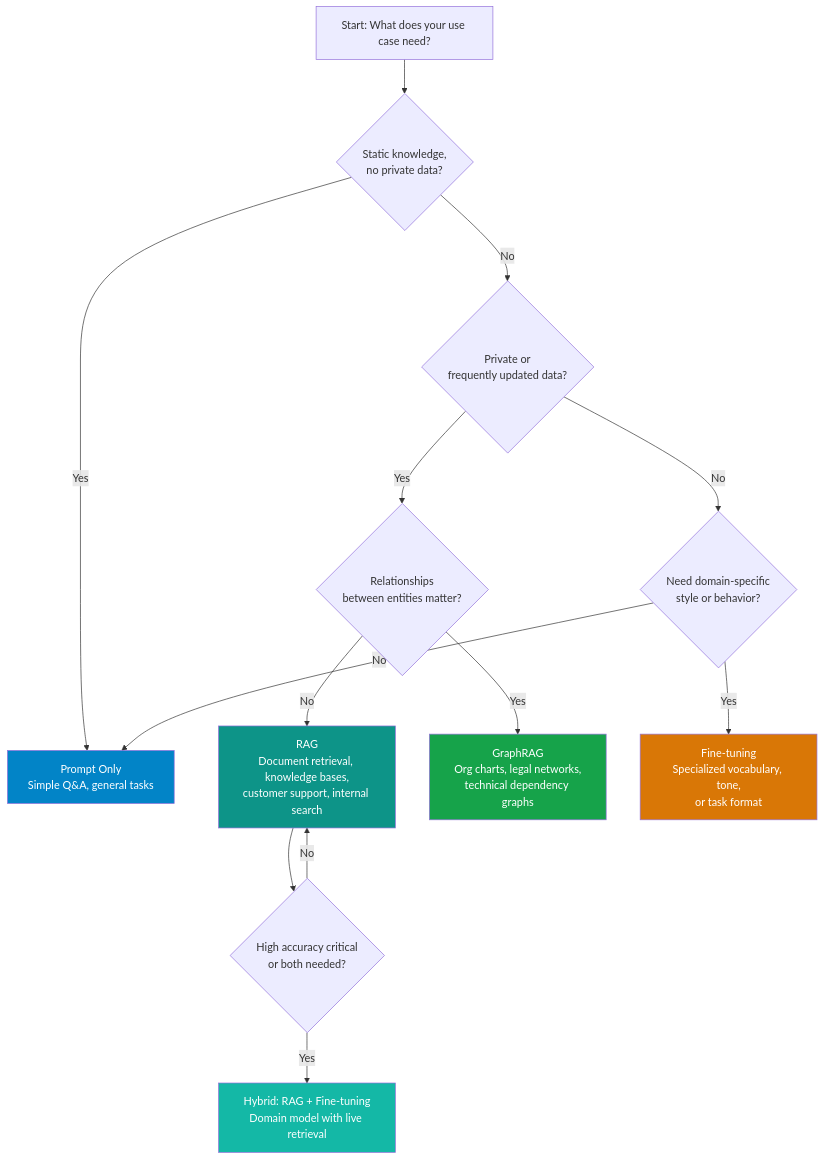
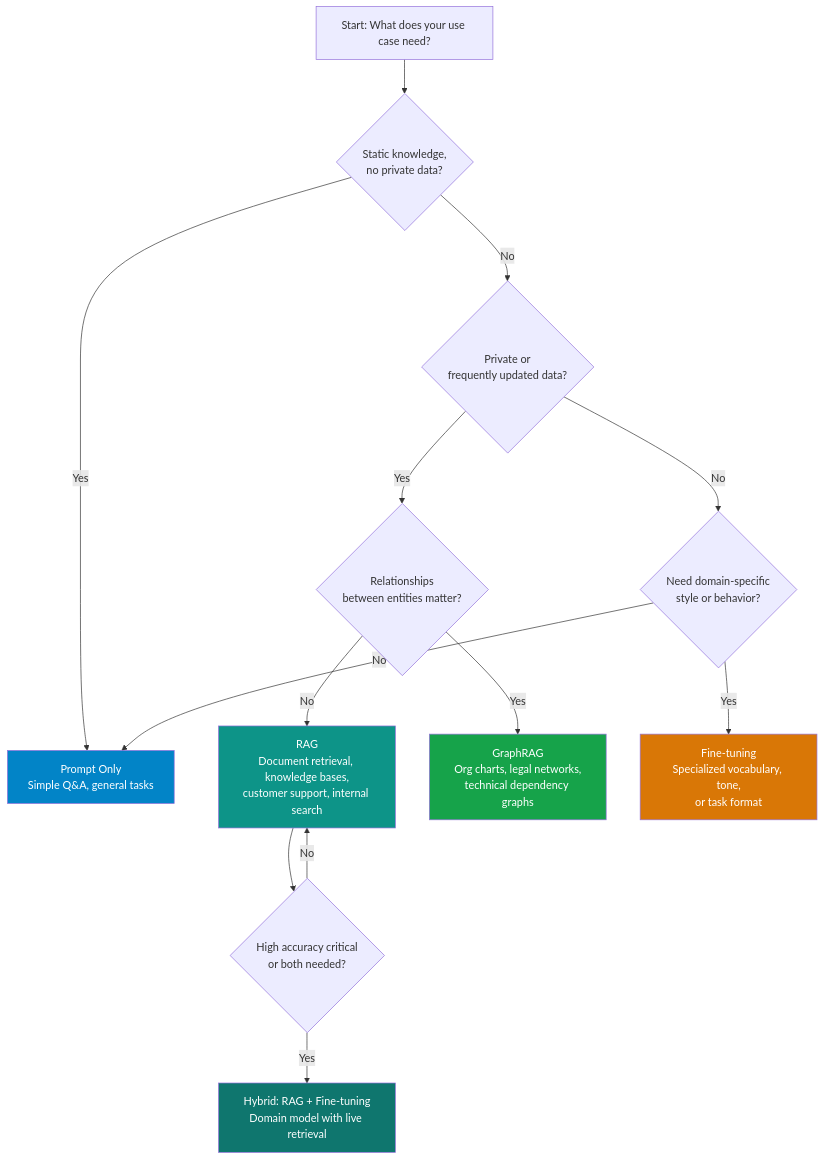
Before and after one commit to nitin27may/ai-resources: the diagram in docs/rag/index.md, drawn with Mermaid. The commit also changed other lines of this file and 84 other files, not shown here.

````diff
--- a/docs/rag/index.md
+++ b/docs/rag/index.md
@@ -22,22 +26,22 @@
 ```mermaid
 flowchart TD
     A["Start: What does your use case need?"]
-    A --> B{"Static knowledge,\nno private data?"}
-    B -- Yes --> C["Prompt Only\nSimple Q&A, general tasks"]
-    B -- No --> D{"Private or\nfrequently updated data?"}
-    D -- Yes --> E{"Relationships\nbetween entities matter?"}
-    E -- No --> F["RAG\nDocument retrieval, knowledge bases,\ncustomer support, internal search"]
-    E -- Yes --> G["GraphRAG\nOrg charts, legal networks,\ntechnical dependency graphs"]
-    D -- No --> H{"Need domain-specific\nstyle or behavior?"}
-    H -- Yes --> I["Fine-tuning\nSpecialized vocabulary, tone,\nor task format"]
+    A --> B{"Static knowledge,<br/>no private data?"}
+    B -- Yes --> C["Prompt Only<br/>Simple Q&A, general tasks"]
+    B -- No --> D{"Private or<br/>frequently updated data?"}
+    D -- Yes --> E{"Relationships<br/>between entities matter?"}
+    E -- No --> F["RAG<br/>Document retrieval, knowledge bases,<br/>customer support, internal search"]
+    E -- Yes --> G["GraphRAG<br/>Org charts, legal networks,<br/>technical dependency graphs"]
+    D -- No --> H{"Need domain-specific<br/>style or behavior?"}
+    H -- Yes --> I["Fine-tuning<br/>Specialized vocabulary, tone,<br/>or task format"]
     H -- No --> C
-    F --> J{"High accuracy critical\nor both needed?"}
-    J -- Yes --> K["Hybrid: RAG + Fine-tuning\nDomain model with live retrieval"]
+    F --> J{"High accuracy critical<br/>or both needed?"}
+    J -- Yes --> K["Hybrid: RAG + Fine-tuning<br/>Domain model with live retrieval"]
     J -- No --> F
 
     style C fill:#0284c7,color:#fff
     style F fill:#0d9488,color:#fff
     style G fill:#16a34a,color:#fff
     style I fill:#d97706,color:#fff
-    style K fill:#14b8a6,color:#fff
+    style K fill:#0f766e,color:#fff
 ```
````
